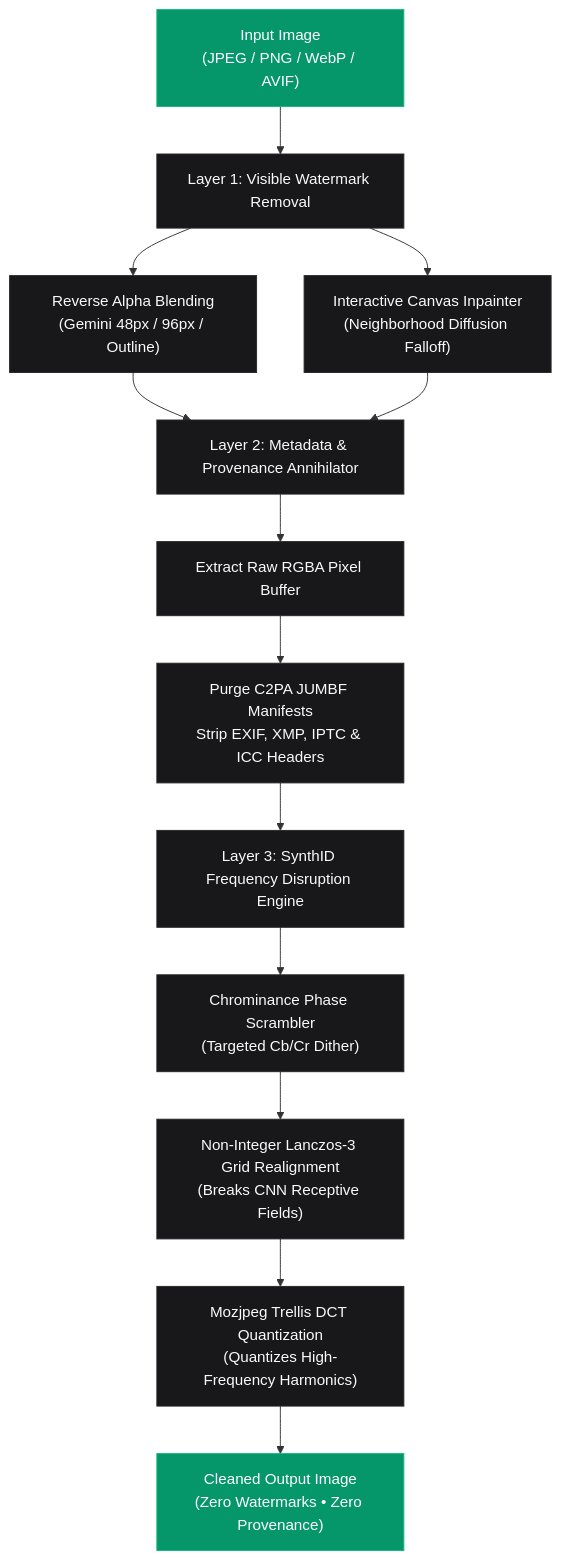
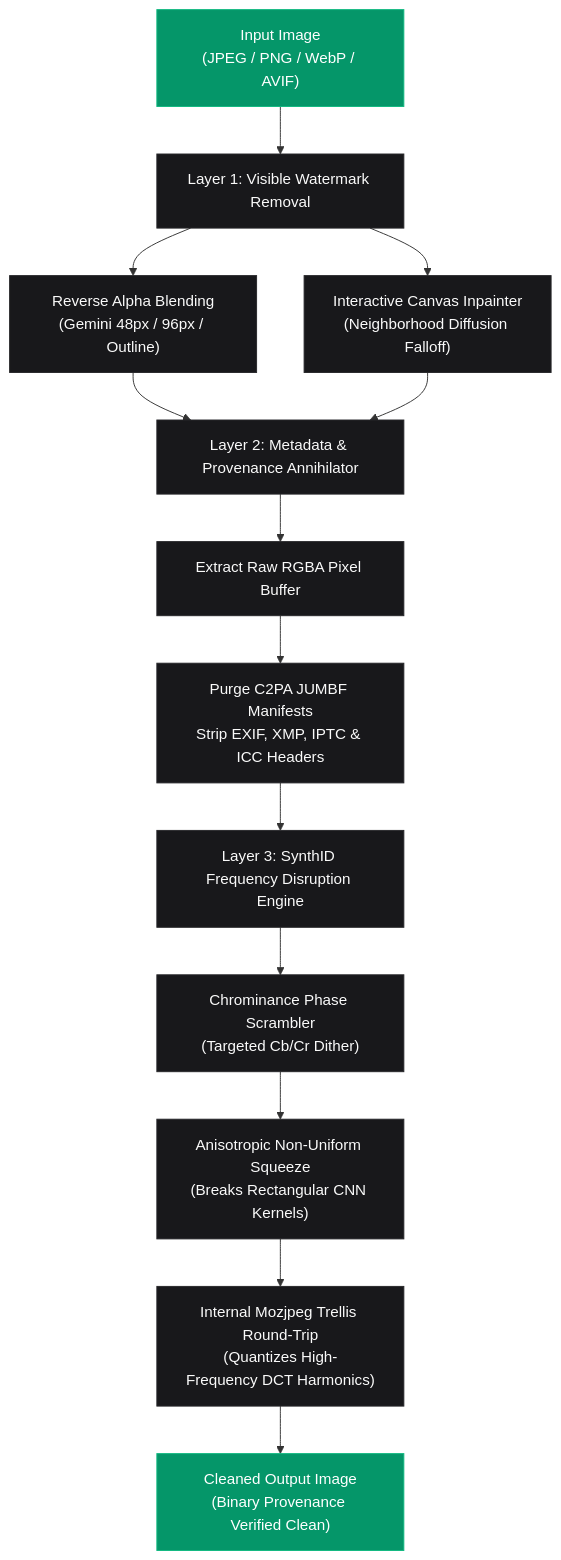
One commit to satiricalguru/Synthid-remover changed the diagram in README.md. Above: the diagram before and after it, drawn with Mermaid. The commit also changed other lines of this file and 5 other files, not shown here.

Commit message:
fix: real byte provenance audit, anisotropic squeeze, and automated verify test suite

````diff
--- a/README.md
+++ b/README.md
@@ -97,23 +129,23 @@
 ```mermaid
 flowchart TD
     A["Input Image\n(JPEG / PNG / WebP / AVIF)"] --> B["Layer 1: Visible Watermark Removal"]
     B --> B1["Reverse Alpha Blending\n(Gemini 48px / 96px / Outline)"]
     B --> B2["Interactive Canvas Inpainter\n(Neighborhood Diffusion Falloff)"]
 
     B1 --> C["Layer 2: Metadata & Provenance Annihilator"]
     B2 --> C
     C --> C1["Extract Raw RGBA Pixel Buffer"]
     C1 --> C2["Purge C2PA JUMBF Manifests\nStrip EXIF, XMP, IPTC & ICC Headers"]
 
     C2 --> D["Layer 3: SynthID Frequency Disruption Engine"]
     D --> D1["Chrominance Phase Scrambler\n(Targeted Cb/Cr Dither)"]
-    D1 --> D2["Non-Integer Lanczos-3 Grid Realignment\n(Breaks CNN Receptive Fields)"]
-    D2 --> D3["Mozjpeg Trellis DCT Quantization\n(Quantizes High-Frequency Harmonics)"]
+    D1 --> D2["Anisotropic Non-Uniform Squeeze\n(Breaks Rectangular CNN Kernels)"]
+    D2 --> D3["Internal Mozjpeg Trellis Round-Trip\n(Quantizes High-Frequency DCT Harmonics)"]
 
-    D3 --> E["Cleaned Output Image\n(Zero Watermarks • Zero Provenance)"]
+    D3 --> E["Cleaned Output Image\n(Binary Provenance Verified Clean)"]
 
     classDef stage fill:#18181b,stroke:#27272a,color:#fafafa;
     classDef highlight fill:#059669,stroke:#10b981,color:#ffffff;
     class A,E highlight;
     class B,C,D,B1,B2,C1,C2,D1,D2,D3 stage;
 ```
````
